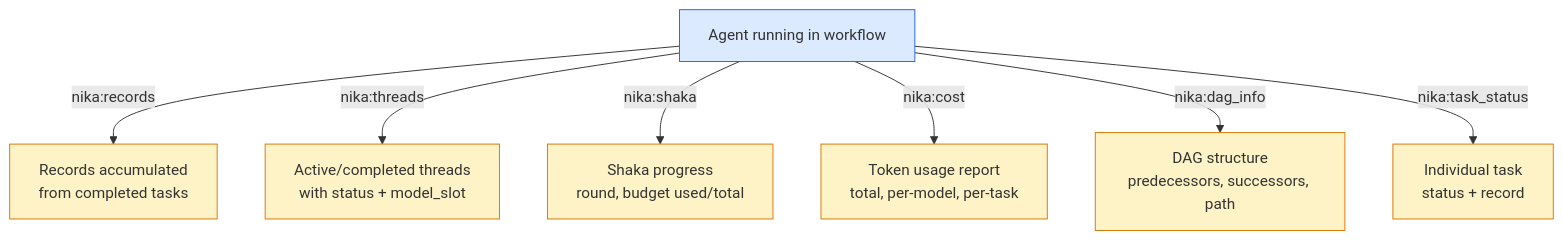
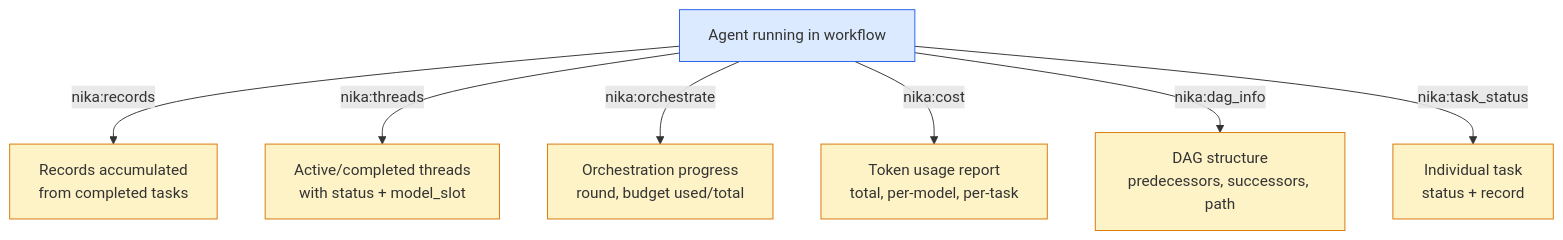
Before and after one commit to supernovae-st/nika: diagram 16 of 23 in docs/vision/11-nika-030-technical-reference.md, drawn with Mermaid. The commit also changed other lines of this file and 72 other files, not shown here.

````diff
--- a/docs/vision/11-nika-030-technical-reference.md
+++ b/docs/vision/11-nika-030-technical-reference.md
@@ -1013,19 +1013,19 @@
 ```mermaid
 flowchart TB
     AGENT["Agent running in workflow"]
 
     AGENT -->|"nika:records"| EP["Records accumulated\nfrom completed tasks"]
     AGENT -->|"nika:threads"| TH["Active/completed threads\nwith status + model_slot"]
-    AGENT -->|"nika:shaka"| SS["Shaka progress\nround, budget used/total"]
+    AGENT -->|"nika:orchestrate"| SS["Orchestration progress\nround, budget used/total"]
     AGENT -->|"nika:cost"| CO["Token usage report\ntotal, per-model, per-task"]
     AGENT -->|"nika:dag_info"| DG["DAG structure\npredecessors, successors, path"]
     AGENT -->|"nika:task_status"| TS["Individual task\nstatus + record"]
 
     style AGENT fill:#dbeafe,stroke:#2563eb
     style EP fill:#fef3c7,stroke:#d97706
     style TH fill:#fef3c7,stroke:#d97706
     style SS fill:#fef3c7,stroke:#d97706
     style CO fill:#fef3c7,stroke:#d97706
     style DG fill:#fef3c7,stroke:#d97706
     style TS fill:#fef3c7,stroke:#d97706
 ```
````
